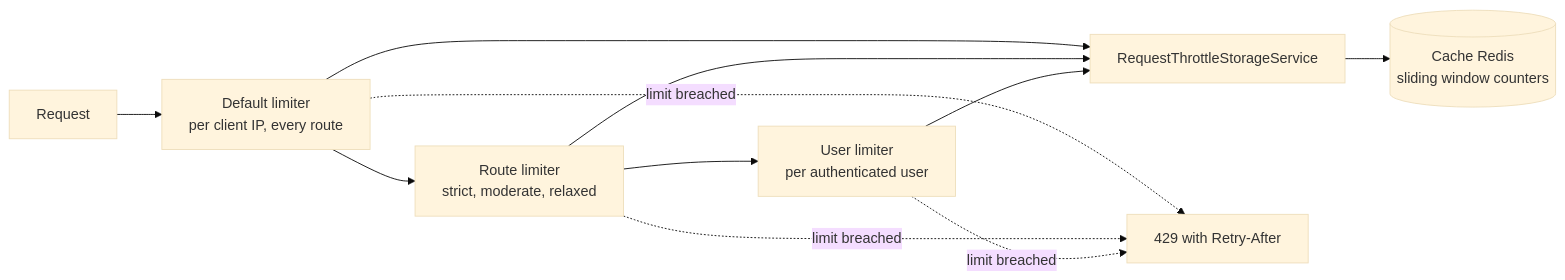
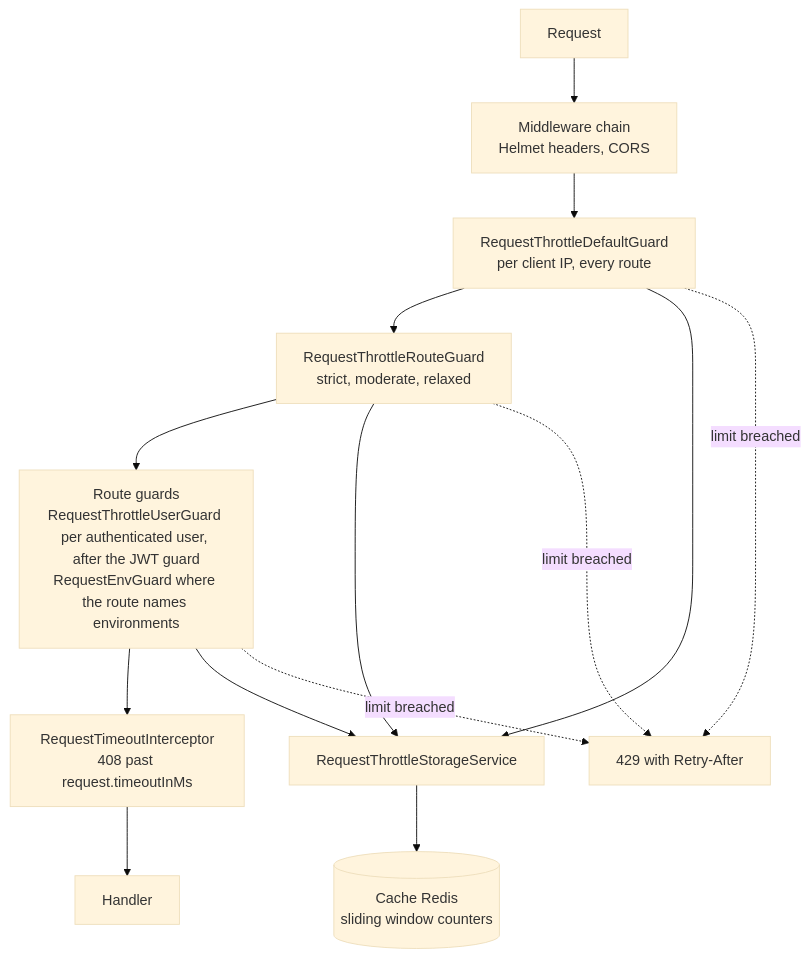
Before and after one commit to andrechristikan/ack-nestjs-boilerplate: the diagram in docs/concepts/security.md, drawn with Mermaid (base theme). The commit also changed other lines of this file and 35 other files, not shown here.

Commit message:
docs: draw every diagram top to bottom and match each to its page

````diff
--- a/docs/concepts/security.md
+++ b/docs/concepts/security.md
@@ -37,13 +39,16 @@
 ```mermaid
-flowchart LR
-    REQ["Request"] --> DEFAULT["Default limiter<br/>per client IP, every route"]
-    DEFAULT --> ROUTE["Route limiter<br/>strict, moderate, relaxed"]
-    ROUTE --> USER["User limiter<br/>per authenticated user"]
+flowchart TB
+    REQ["Request"] --> MW["Middleware chain<br/>Helmet headers, CORS"]
+    MW --> DEFAULT["RequestThrottleDefaultGuard<br/>per client IP, every route"]
+    DEFAULT --> ROUTE["RequestThrottleRouteGuard<br/>strict, moderate, relaxed"]
+    ROUTE --> RG["Route guards<br/>RequestThrottleUserGuard per authenticated user, after the JWT guard<br/>RequestEnvGuard where the route names environments"]
+    RG --> TI["RequestTimeoutInterceptor<br/>408 past request.timeoutInMs"]
+    TI --> HD["Handler"]
     DEFAULT --> STORE["RequestThrottleStorageService"]
     ROUTE --> STORE
-    USER --> STORE
+    RG --> STORE
     STORE --> REDIS[("Cache Redis<br/>sliding window counters")]
     DEFAULT -.->|limit breached| BLOCK["429 with Retry-After"]
     ROUTE -.->|limit breached| BLOCK
-    USER -.->|limit breached| BLOCK
+    RG -.->|limit breached| BLOCK
 ```
````
